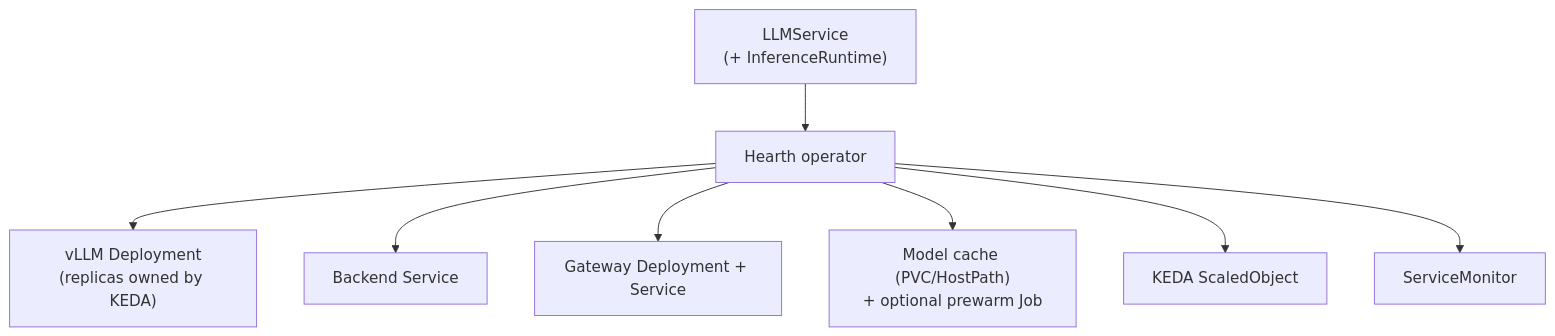
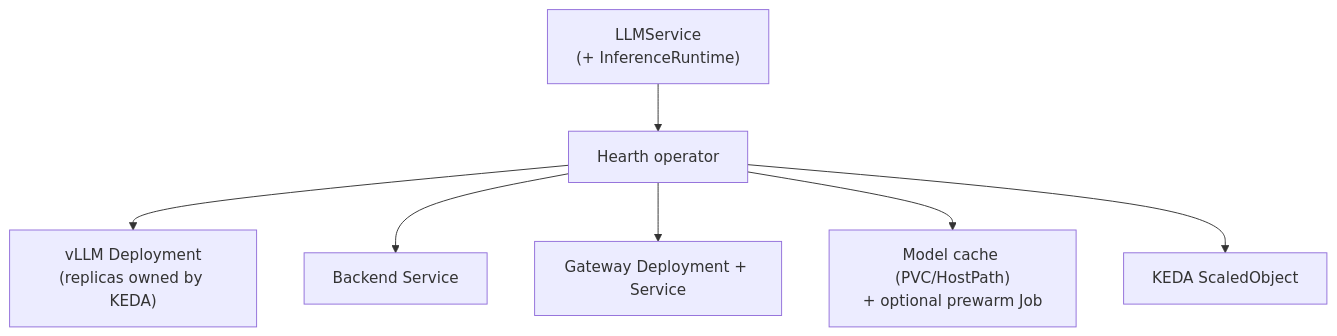
One commit to hearth-project/hearth changed the first of 2 diagrams in docs/architecture.md. Above: the diagram before and after it, drawn with Mermaid. The commit also changed other lines of this file and 17 other files, not shown here.

````diff
--- a/docs/architecture.md
+++ b/docs/architecture.md
@@ -49,10 +49,9 @@
 ```mermaid
 flowchart TD
   llm["LLMService<br/>(+ InferenceRuntime)"] --> op["Hearth operator"]
   op --> dep["vLLM Deployment<br/>(replicas owned by KEDA)"]
   op --> bsvc["Backend Service"]
   op --> gwd["Gateway Deployment + Service"]
   op --> cache["Model cache (PVC/HostPath)<br/>+ optional prewarm Job"]
   op --> so["KEDA ScaledObject"]
-  op --> sm["ServiceMonitor"]
 ```
````
